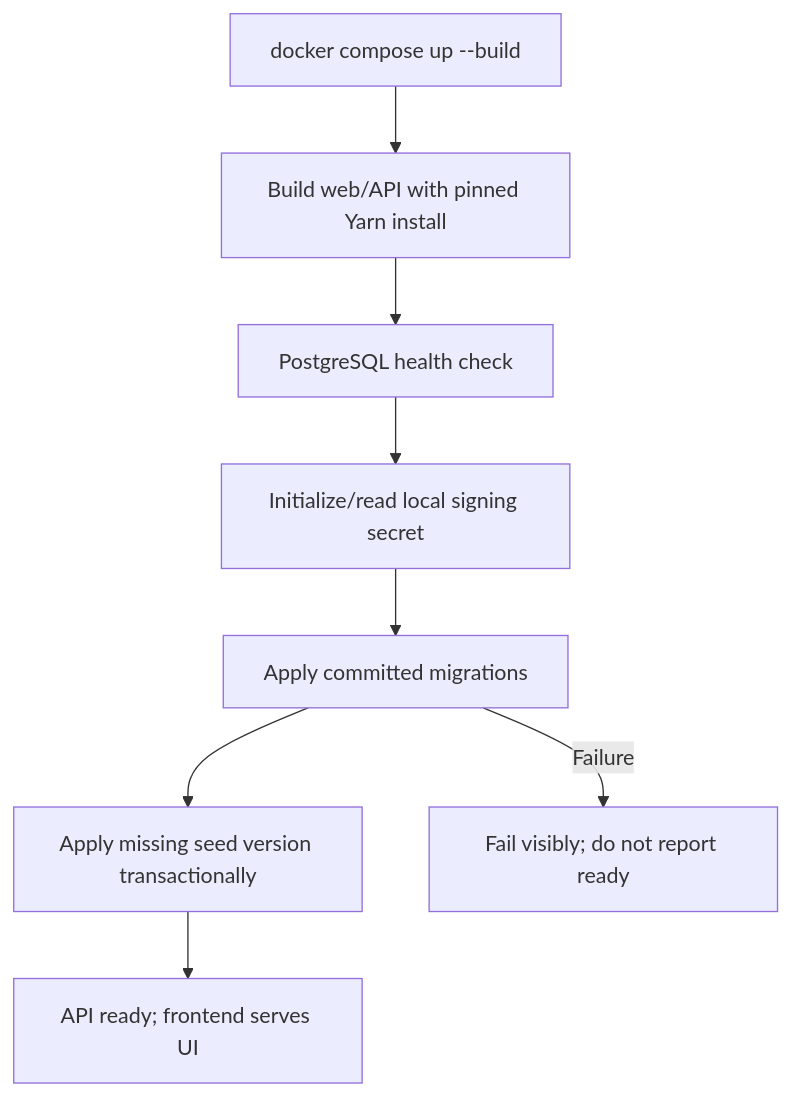
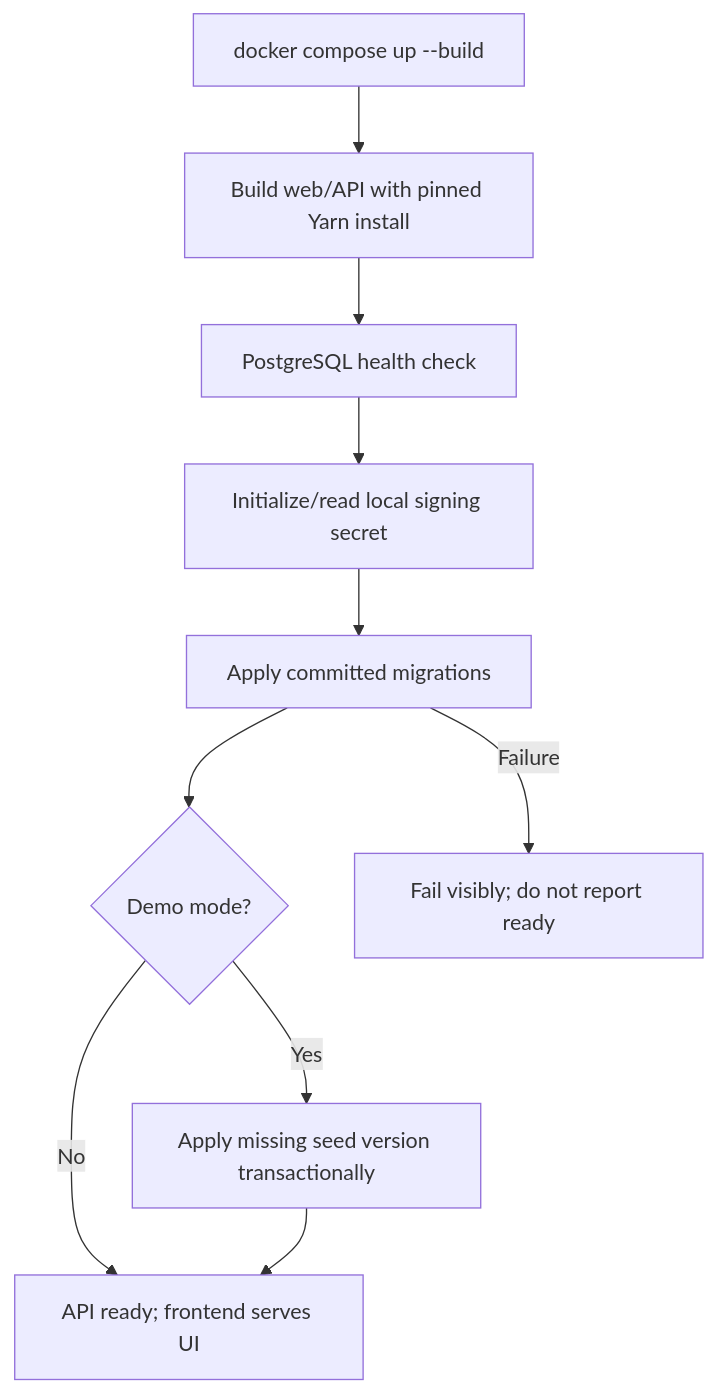
Before and after one commit to androizer/flowboard: the first of 3 diagrams in docs/modules/persistence-runtime.md, drawn with Mermaid. The commit also changed other lines of this file and 3 other files, not shown here.

Commit message:
fix(api): correct Docker startup script to apply migrations and seed conditionally based on demo mode

````diff
--- a/docs/modules/persistence-runtime.md
+++ b/docs/modules/persistence-runtime.md
@@ -53,10 +53,12 @@
 ```mermaid
 flowchart TD
     Start["docker compose up --build"] --> Build["Build web/API with pinned Yarn install"]
     Build --> DB["PostgreSQL health check"]
     DB --> Keys["Initialize/read local signing secret"]
     Keys --> Migration["Apply committed migrations"]
-    Migration --> Seed["Apply missing seed version transactionally"]
-    Seed --> Ready["API ready; frontend serves UI"]
+    Migration --> Demo{"Demo mode?"}
+    Demo -->|Yes| Seed["Apply missing seed version transactionally"]
+    Demo -->|No| Ready["API ready; frontend serves UI"]
+    Seed --> Ready
     Migration -->|Failure| Stop["Fail visibly; do not report ready"]
 ```
````
